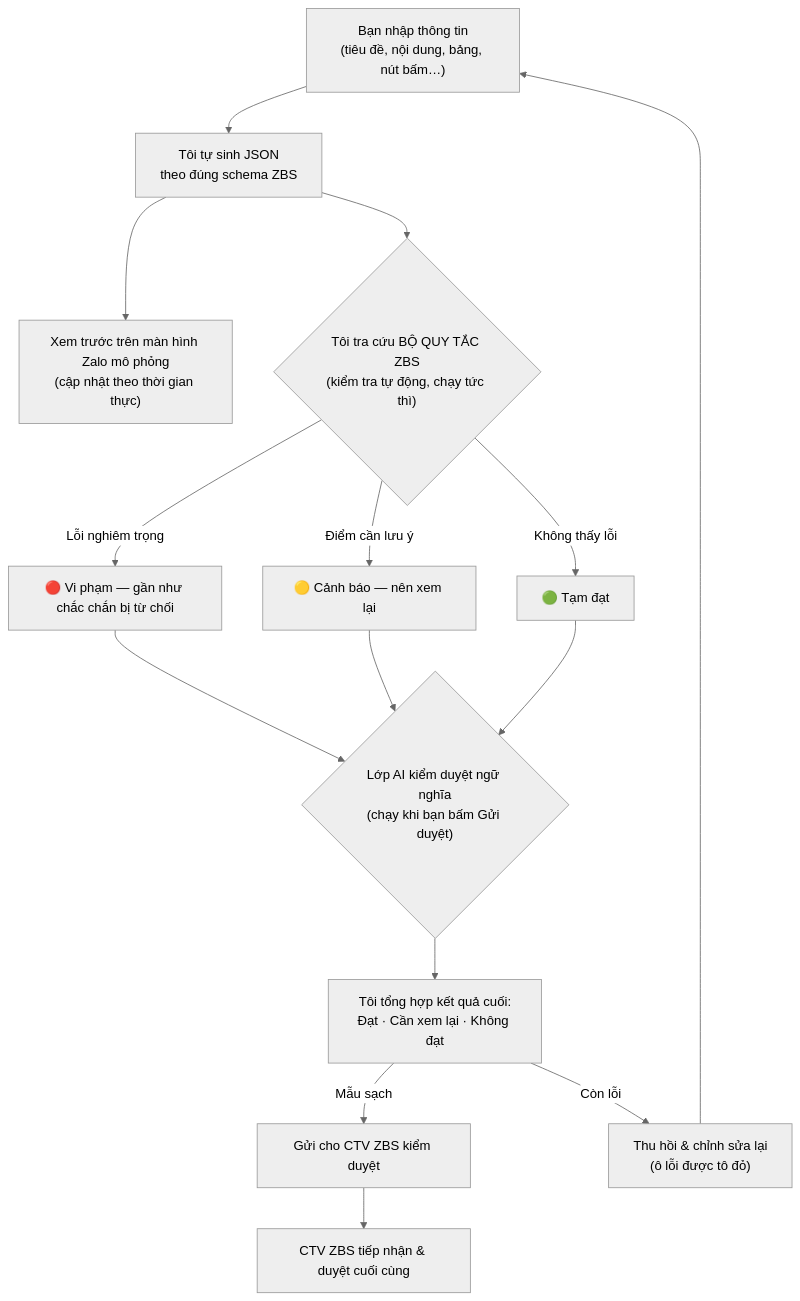
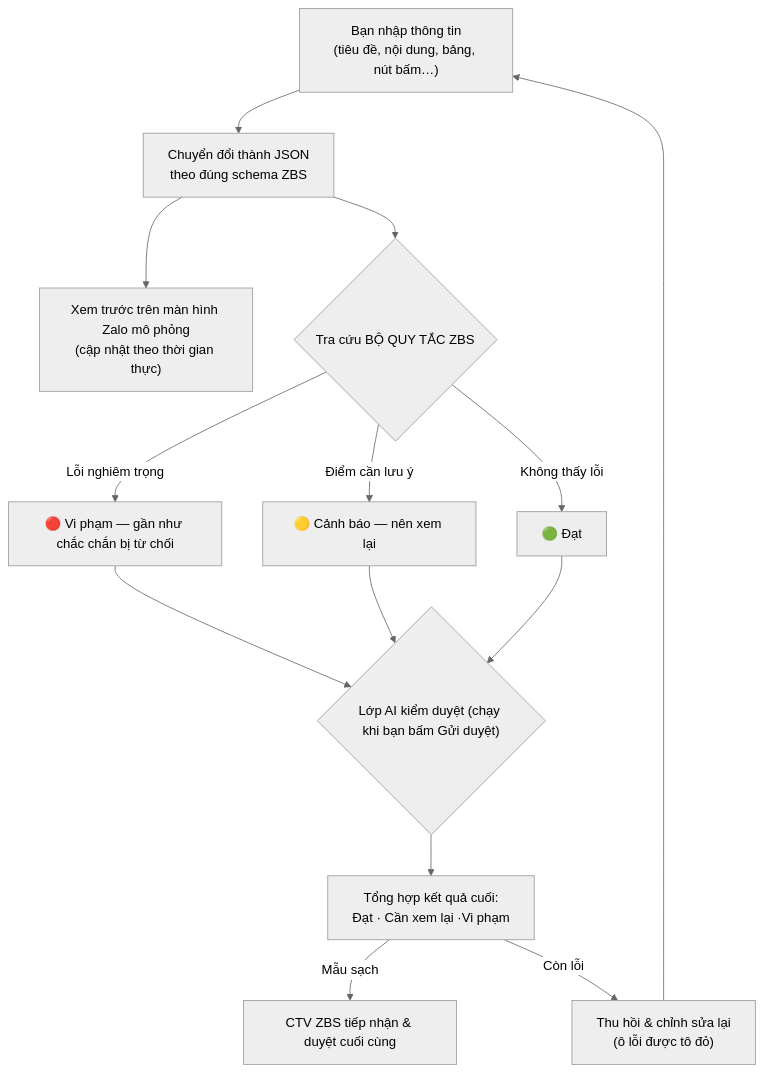
One commit to hwinhwork-dot/zbs-studio changed the first of 3 diagrams in README.md. Above: the diagram before and after it, drawn with Mermaid (neutral theme). The commit also changed other lines of this file, not shown here.

````diff
--- a/README.md
+++ b/README.md
@@ -56,17 +56,17 @@
 ```mermaid
 flowchart TD
-    A[" Bạn nhập thông tin<br/>(tiêu đề, nội dung, bảng, nút bấm…)"] --> B[" Tôi tự sinh JSON<br/>theo đúng schema ZBS"]
+    A[" Bạn nhập thông tin<br/>(tiêu đề, nội dung, bảng, nút bấm…)"] --> B[" Chuyển đổi thành JSON<br/>theo đúng schema ZBS"]
     B --> C[" Xem trước trên màn hình Zalo mô phỏng<br/>(cập nhật theo thời gian thực)"]
-    B --> D{" Tôi tra cứu BỘ QUY TẮC ZBS<br/>(kiểm tra tự động, chạy tức thì)"}
+    B --> D{" Tra cứu BỘ QUY TẮC ZBS<br/>"}
     D -->|"Lỗi nghiêm trọng"| E["🔴 Vi phạm — gần như chắc chắn bị từ chối"]
     D -->|"Điểm cần lưu ý"| F["🟡 Cảnh báo — nên xem lại"]
-    D -->|"Không thấy lỗi"| G["🟢 Tạm đạt"]
-    E --> H{" Lớp AI kiểm duyệt ngữ nghĩa<br/>(chạy khi bạn bấm Gửi duyệt)"}
+    D -->|"Không thấy lỗi"| G["🟢 Đạt"]
+    E --> H{" Lớp AI kiểm duyệt (chạy khi bạn bấm Gửi duyệt)"}
     F --> H
     G --> H
-    H --> I[" Tôi tổng hợp kết quả cuối:<br/>Đạt · Cần xem lại · Không đạt"]
-    I -->|"Mẫu sạch"| J[" Gửi cho CTV ZBS kiểm duyệt"]
+    H --> I[" Tổng hợp kết quả cuối:<br/>Đạt · Cần xem lại ·Vi phạm"]
+    I -->|"Mẫu sạch"|J[" CTV ZBS tiếp nhận & duyệt cuối cùng"]
     I -->|"Còn lỗi"| K[" Thu hồi & chỉnh sửa lại<br/>(ô lỗi được tô đỏ)"]
     K --> A
-    J --> L[" CTV ZBS tiếp nhận & duyệt cuối cùng"]
+ 
 ```
````
